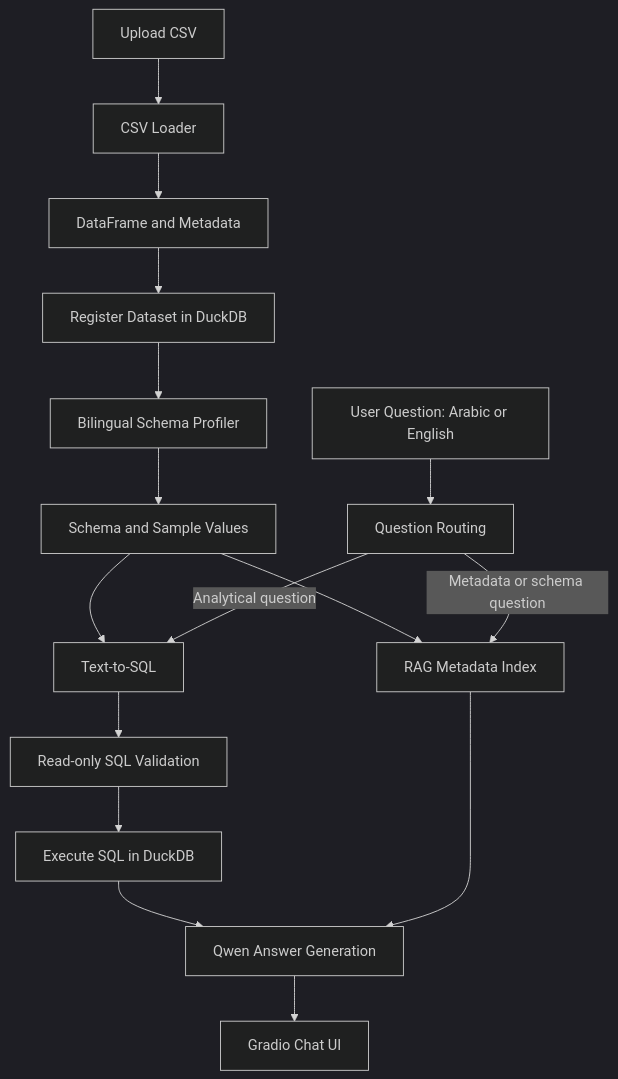
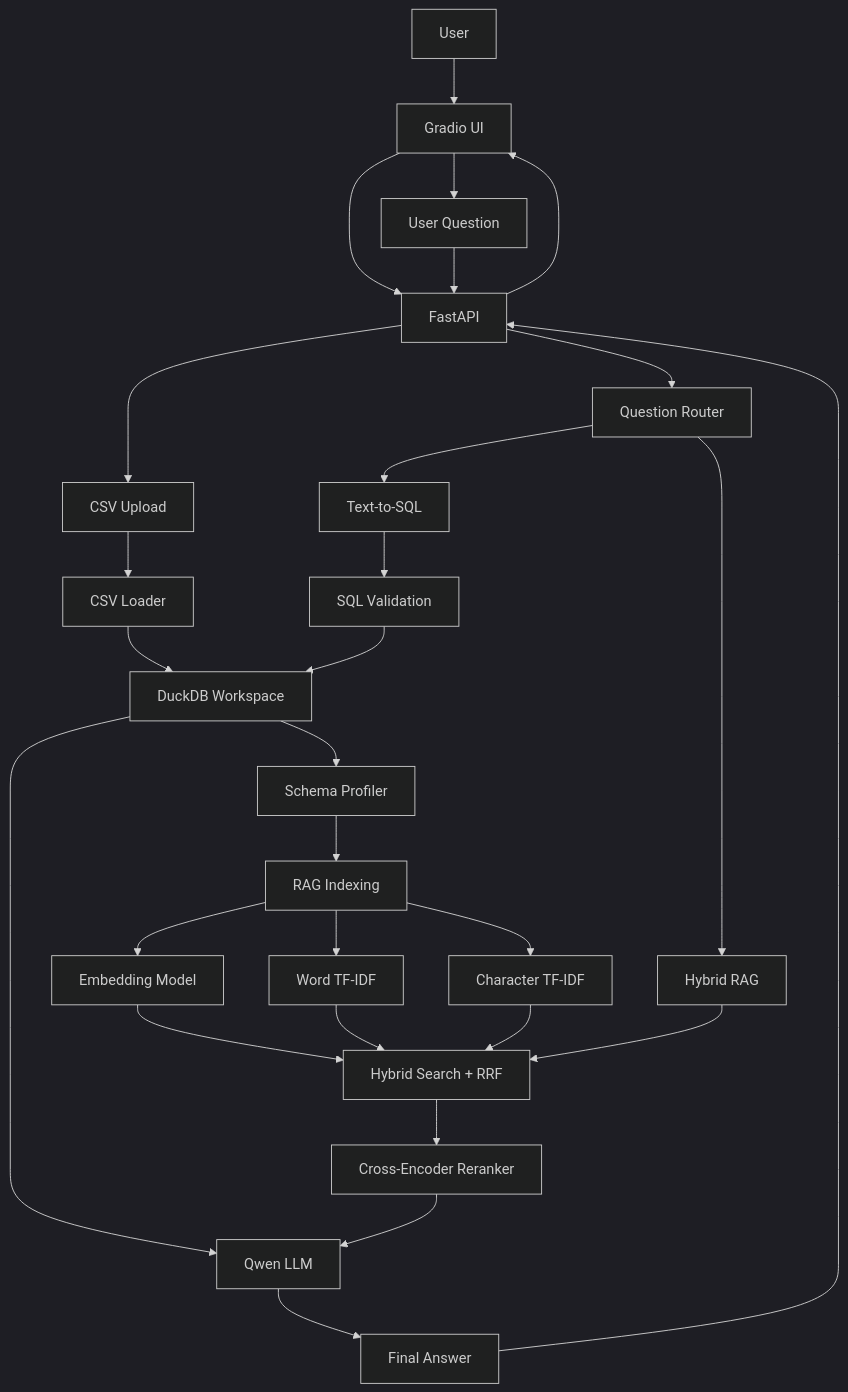
Before and after one commit to shimaa83/csv-chatbot: the diagram in README.md, drawn with Mermaid (dark theme). The commit also changed other lines of this file and 11 other files, not shown here.

Commit message:
Add multi-CSV workspace with Text-to-SQL and Hybrid RAG

````diff
--- a/README.md
+++ b/README.md
@@ -58,18 +76,42 @@
-``` mermaid
+```mermaid
 flowchart TD
-    A[Upload CSV] --> B[CSV Loader]
-    B --> C[DataFrame and Metadata]
-    C --> D[Register Dataset in DuckDB]
-    D --> E[Bilingual Schema Profiler]
-    E --> F[Schema and Sample Values]
-    F --> G[Text-to-SQL]
-    F --> H[RAG Metadata Index]
-    I[User Question: Arabic or English] --> J[Question Routing]
-    J -->|Analytical question| G
-    J -->|Metadata or schema question| H
-    G --> K[Read-only SQL Validation]
-    K --> L[Execute SQL in DuckDB]
-    L --> M[Qwen Answer Generation]
-    H --> M
-    M --> N[Gradio Chat UI]
+    A[User] --> B[Gradio UI]
+    B --> C[FastAPI]
+
+    C --> D[CSV Upload]
+    D --> E[CSV Loader]
+    E --> F[DuckDB Workspace]
+
+    F --> G[Schema Profiler]
+    G --> H[RAG Indexing]
+
+    H --> I[Embedding Model]
+    H --> J[Word TF-IDF]
+    H --> K[Character TF-IDF]
+
+    I --> L[Hybrid Search + RRF]
+    J --> L
+    K --> L
+
+    L --> M[Cross-Encoder Reranker]
+
+    B --> N[User Question]
+    N --> C
+
+    C --> O[Question Router]
+
+    O --> P[Text-to-SQL]
+    O --> Q[Hybrid RAG]
+
+    P --> R[SQL Validation]
+    R --> F
+
+    Q --> L
+
+    F --> S[Qwen LLM]
+    M --> S
+
+    S --> T[Final Answer]
+    T --> C
+    C --> B
 ```
````
